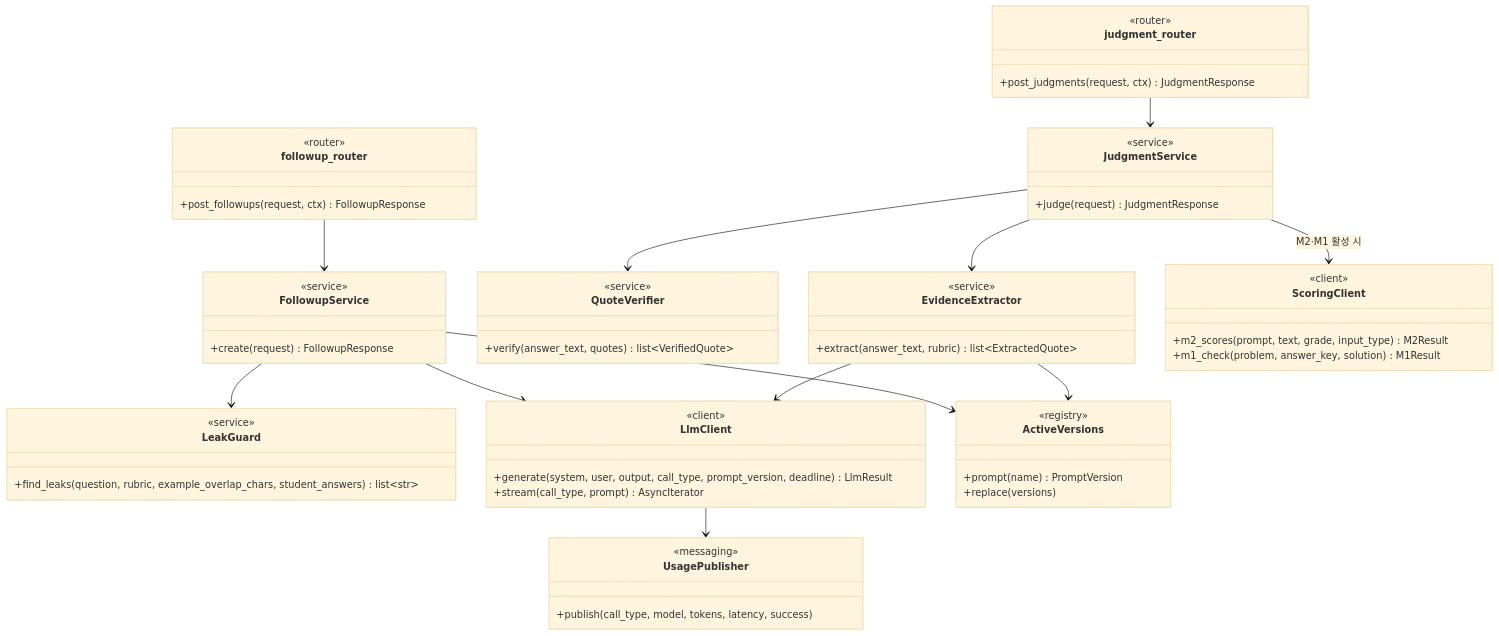
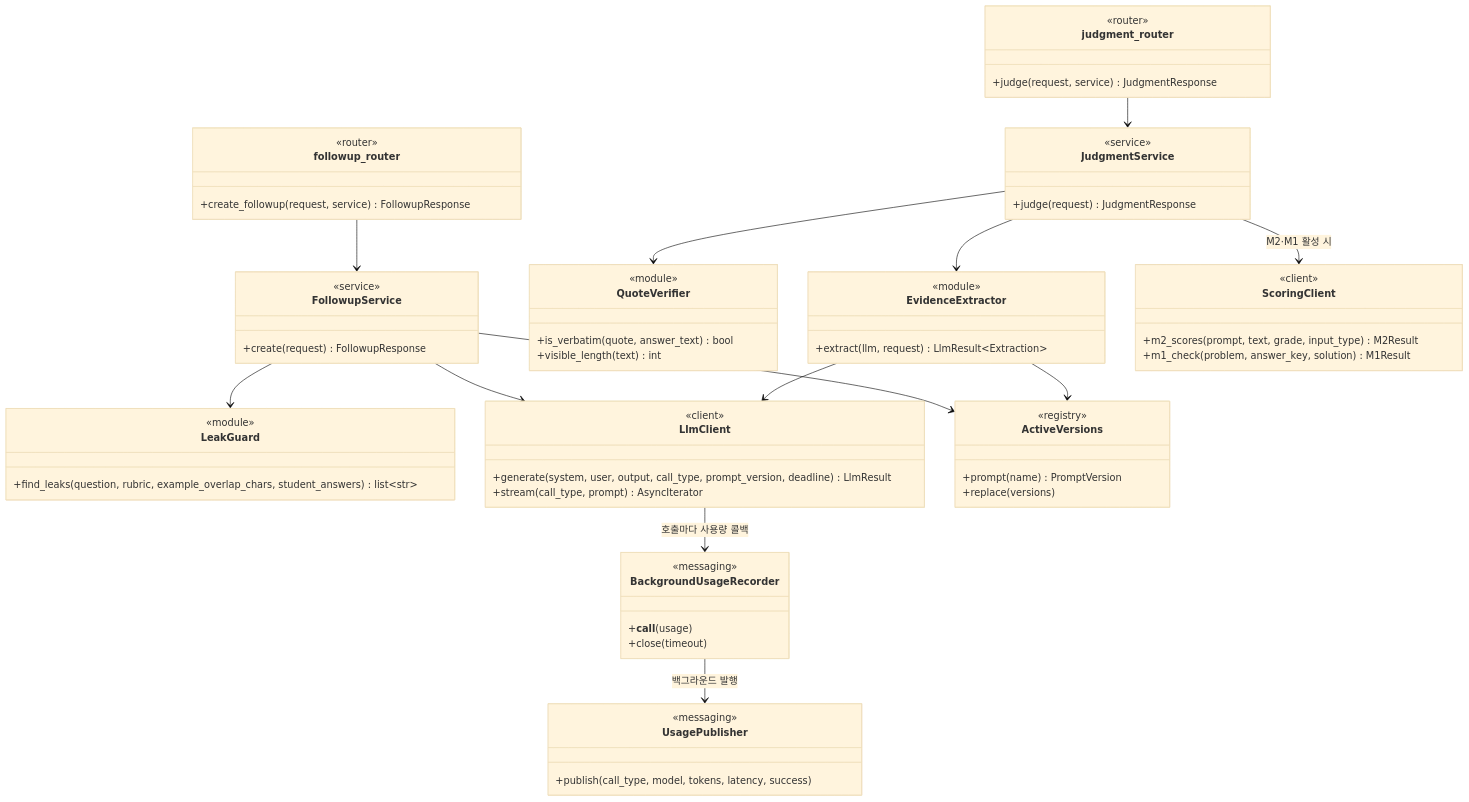
One commit to SKNETWORKS-FAMILY-AICAMP/SKN34-FINAL-3TEAM changed diagram 11 of 15 in docs/design/class-diagram.md. Above: the diagram before and after it, drawn with Mermaid (base theme). The commit also changed other lines of this file and 8 other files, not shown here.

````diff
--- a/docs/design/class-diagram.md
+++ b/docs/design/class-diagram.md
@@ -1346,63 +1410,70 @@
 ```mermaid
 classDiagram
   direction TB
   class judgment_router {
     <<router>>
-    +post_judgments(request, ctx) JudgmentResponse
+    +judge(request, service) JudgmentResponse
   }
   class JudgmentService {
     <<service>>
     +judge(request) JudgmentResponse
   }
   class EvidenceExtractor {
-    <<service>>
-    +extract(answer_text, rubric) list~ExtractedQuote~
+    <<module>>
+    +extract(llm, request) LlmResult~Extraction~
   }
   class QuoteVerifier {
-    <<service>>
-    +verify(answer_text, quotes) list~VerifiedQuote~
+    <<module>>
+    +is_verbatim(quote, answer_text) bool
+    +visible_length(text) int
   }
   class followup_router {
     <<router>>
-    +post_followups(request, ctx) FollowupResponse
+    +create_followup(request, service) FollowupResponse
   }
   class FollowupService {
     <<service>>
     +create(request) FollowupResponse
   }
   class LeakGuard {
-    <<service>>
+    <<module>>
     +find_leaks(question, rubric, example_overlap_chars, student_answers) list~str~
   }
   class LlmClient {
     <<client>>
     +generate(system, user, output, call_type, prompt_version, deadline) LlmResult
     +stream(call_type, prompt) AsyncIterator
   }
   class ScoringClient {
     <<client>>
     +m2_scores(prompt, text, grade, input_type) M2Result
     +m1_check(problem, answer_key, solution) M1Result
   }
   class ActiveVersions {
     <<registry>>
     +prompt(name) PromptVersion
     +replace(versions)
   }
+  class BackgroundUsageRecorder {
+    <<messaging>>
+    +__call__(usage)
+    +close(timeout)
+  }
   class UsagePublisher {
     <<messaging>>
     +publish(call_type, model, tokens, latency, success)
   }
 
   judgment_router --> JudgmentService
   JudgmentService --> EvidenceExtractor
   JudgmentService --> QuoteVerifier
   JudgmentService --> ScoringClient : M2·M1 활성 시
   EvidenceExtractor --> LlmClient
   EvidenceExtractor --> ActiveVersions
   followup_router --> FollowupService
   FollowupService --> LlmClient
   FollowupService --> LeakGuard
   FollowupService --> ActiveVersions
-  LlmClient --> UsagePublisher
+  LlmClient --> BackgroundUsageRecorder : 호출마다 사용량 콜백
+  BackgroundUsageRecorder --> UsagePublisher : 백그라운드 발행
 ```
````
